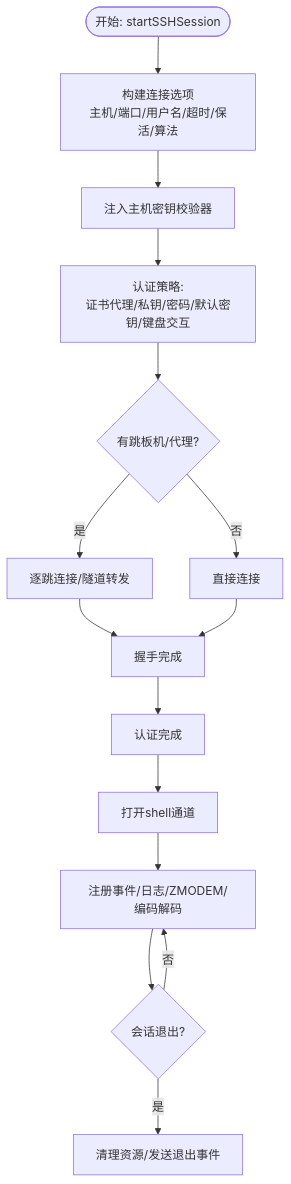
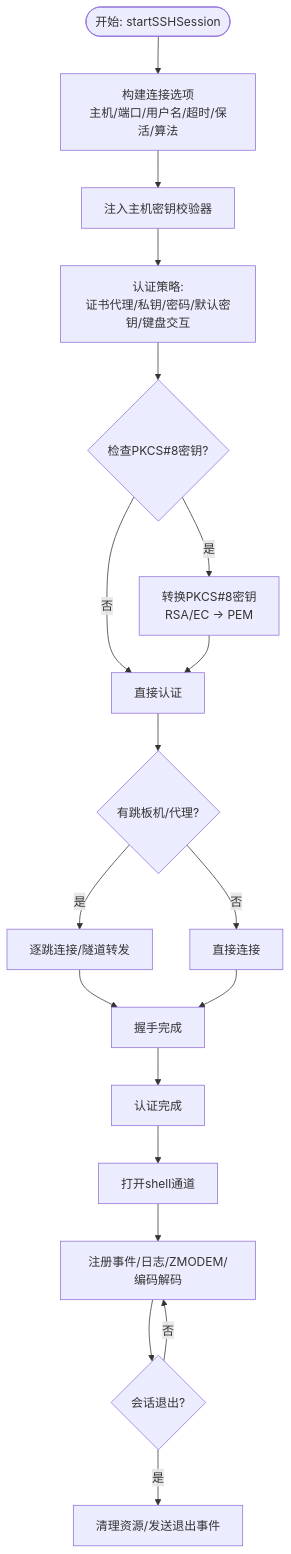
The third of 8 diagrams in .qoder/repowiki/zh/content/API参考/IPC桥接API/SSH桥接API.md (szeiyou/Netcatty), drawn with Mermaid before and after one commit. The commit also changed other lines of this file and 8 other files, not shown here.

````diff
--- a/.qoder/repowiki/zh/content/API参考/IPC桥接API/SSH桥接API.md
+++ b/.qoder/repowiki/zh/content/API参考/IPC桥接API/SSH桥接API.md
@@ -149,17 +180,21 @@
 ```mermaid
 flowchart TD
 Start(["开始: startSSHSession"]) --> BuildOpts["构建连接选项<br/>主机/端口/用户名/超时/保活/算法"]
 BuildOpts --> HostKey["注入主机密钥校验器"]
 HostKey --> AuthPlan["认证策略:<br/>证书代理/私钥/密码/默认密钥/键盘交互"]
-AuthPlan --> ChainOrProxy{"有跳板机/代理?"}
+AuthPlan --> PKCS8Check{"检查PKCS#8密钥?"}
+PKCS8Check --> |是| ConvertKey["转换PKCS#8密钥<br/>RSA/EC -> PEM"]
+PKCS8Check --> |否| DirectAuth["直接认证"]
+ConvertKey --> DirectAuth
+DirectAuth --> ChainOrProxy{"有跳板机/代理?"}
 ChainOrProxy --> |是| Chain["逐跳连接/隧道转发"]
 ChainOrProxy --> |否| Direct["直接连接"]
 Chain --> Handshake["握手完成"]
 Direct --> Handshake
 Handshake --> Ready["认证完成"]
 Ready --> Shell["打开shell通道"]
 Shell --> Run["注册事件/日志/ZMODEM/编码解码"]
 Run --> Exit{"会话退出?"}
 Exit --> |是| Cleanup["清理资源/发送退出事件"]
 Exit --> |否| Run
 ```
````
